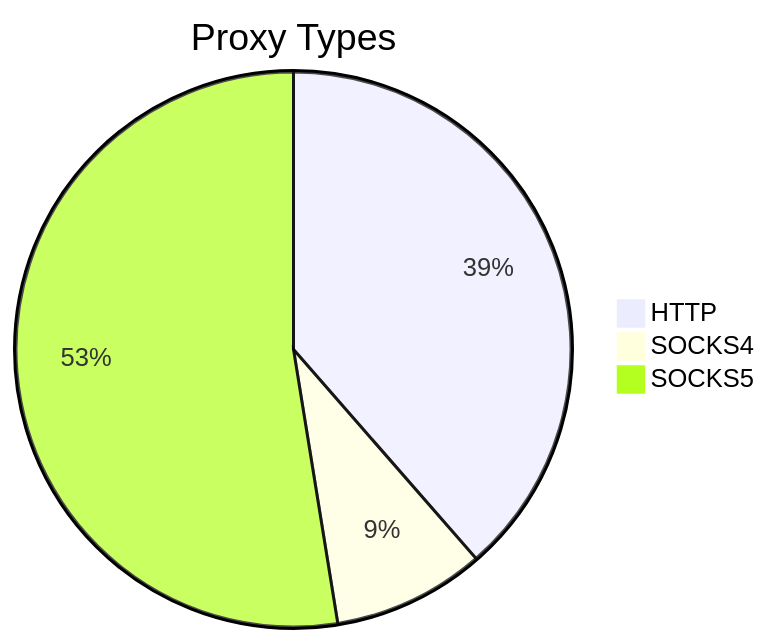
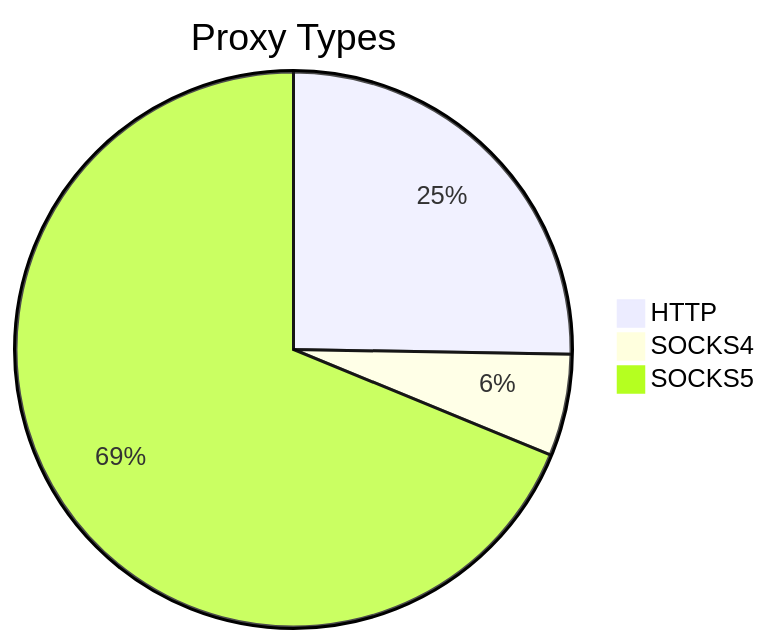
Before and after one commit to stormsia/proxy-list: the first of 2 diagrams in README.md, drawn with Mermaid. The commit also changed other lines of this file, not shown here.

````diff
--- a/README.md
+++ b/README.md
@@ -21,6 +21,6 @@
 ```mermaid
 pie title Proxy Types
-    "HTTP" : 665
-    "SOCKS4" : 153
-    "SOCKS5" : 906
+    "HTTP" : 486
+    "SOCKS4" : 114
+    "SOCKS5" : 1323
 ```
````
